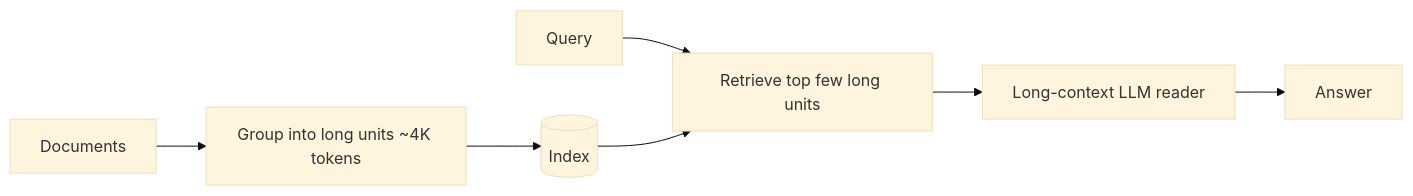
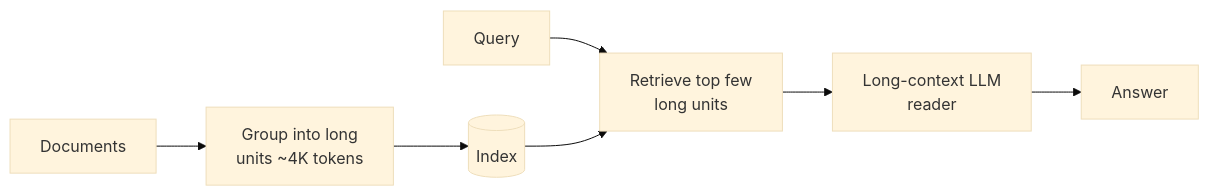
The diagram in 19. Long RAG/README.md (ajay-nikumbh/RAG-From-Basics-to-Production), drawn with Mermaid (base theme) before and after one commit. The commit also changed other lines of this file and 38 other files, not shown here.

First line of the commit message:
Group root README by pattern, widen tables, wrap diagram labels

````diff
--- a/19. Long RAG/README.md
+++ b/19. Long RAG/README.md
@@ -24,6 +24,6 @@
 ```mermaid
 flowchart LR
-    D[Documents] --> G[Group into long units ~4K tokens] --> V[(Index)]
-    Q[Query] --> R[Retrieve top few long units]
-    V --> R --> LC[Long-context LLM reader] --> A[Answer]
+    D[Documents] --> G[Group into long<br/>units ~4K tokens] --> V[(Index)]
+    Q[Query] --> R[Retrieve top few<br/>long units]
+    V --> R --> LC[Long-context LLM<br/>reader] --> A[Answer]
 ```
````
